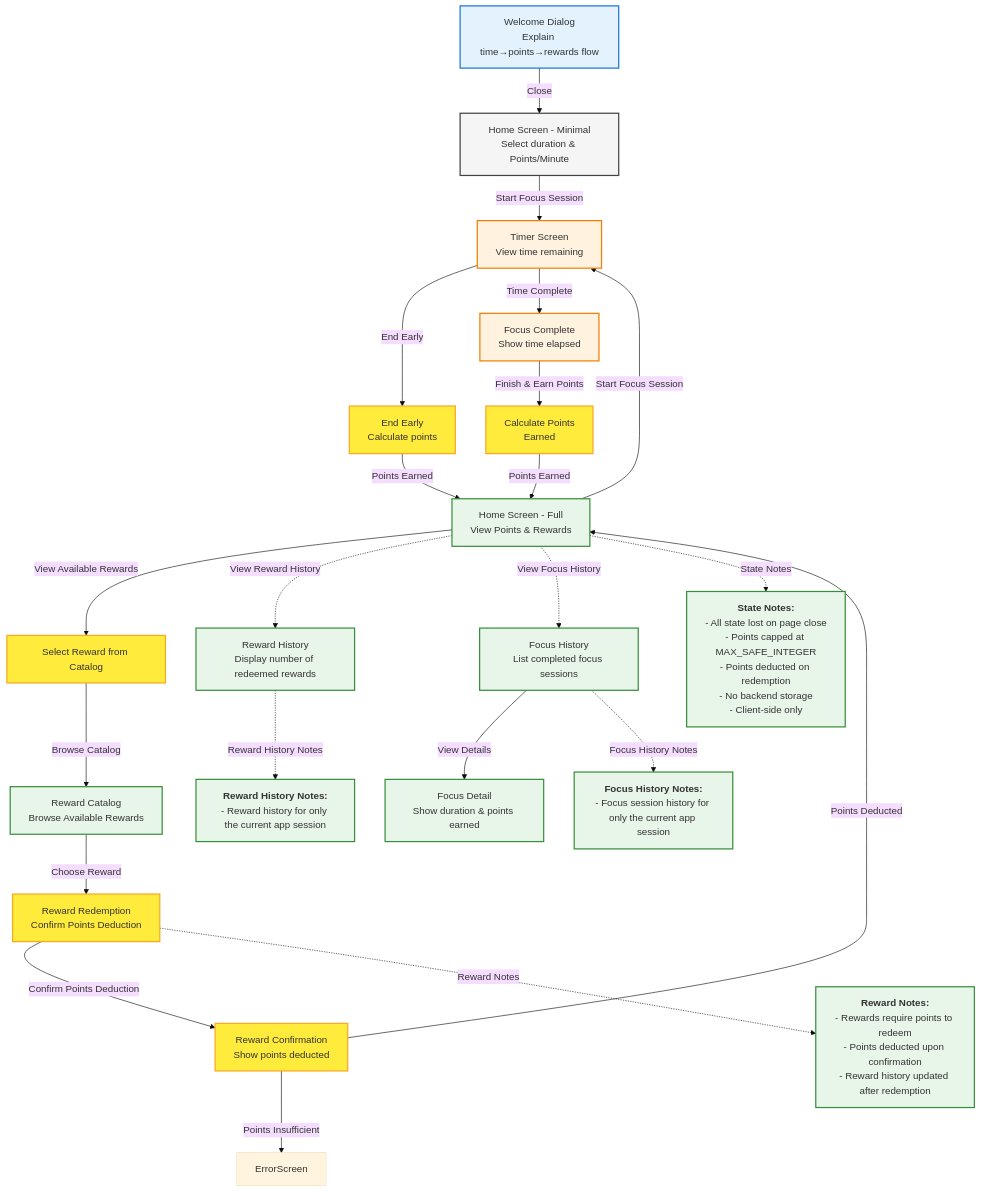
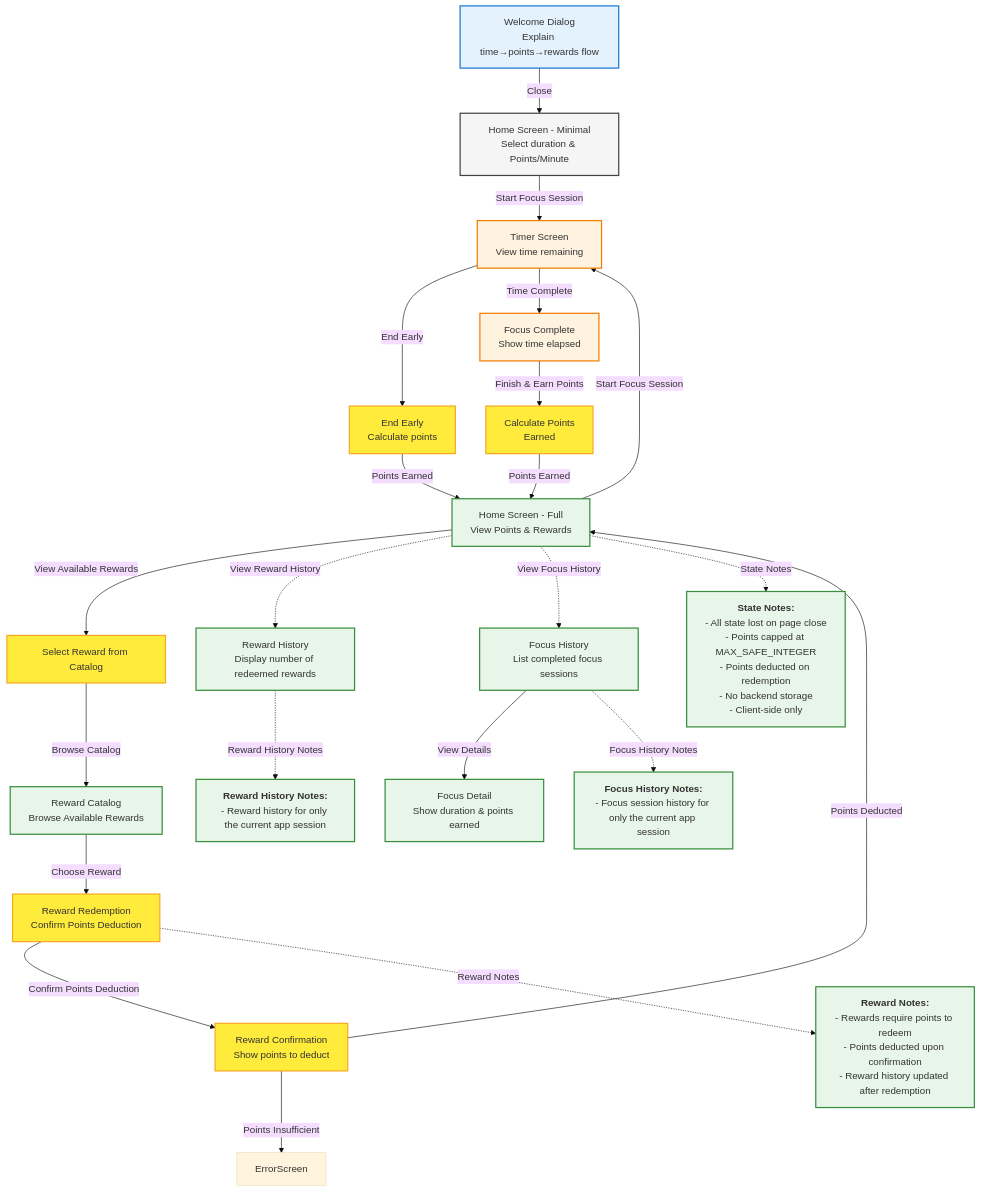
Before and after one commit to michellekli/PomoExchange: the diagram in design.md, drawn with Mermaid (base theme). The commit also changed other lines of this file, not shown here.

Commit message:
Fix flow for when user doesn't have enough points to redeem selected reward

````diff
--- a/design.md
+++ b/design.md
@@ -63,80 +64,80 @@
 ```mermaid
 flowchart TD
    %% Define styles
    classDef welcome fill:#e3f2fd,stroke:#1976d2,stroke-width:2px
    classDef homeMinimal fill:#f5f5f5,stroke:#424242,stroke-width:2px
    classDef timer fill:#fff3e0,stroke:#f57c00,stroke-width:2px
    classDef homeFull fill:#e8f5e9,stroke:#388e3c,stroke-width:2px
    classDef action fill:#ffeb3b,stroke:#f9a825,stroke-width:2px
 
    %% Welcome Dialog
    Welcome[Welcome Dialog<br/>Explain time→points→rewards flow]:::welcome
    Welcome -->|Close| HomeMinimal
 
    %% Home Screen - Minimal
    HomeMinimal[Home Screen - Minimal<br/>Select duration & Points/Minute]:::homeMinimal
    HomeMinimal -->|Start Focus Session| Timer
 
    %% Timer Screen
    Timer[Timer Screen<br/>View time remaining]:::timer
    Timer -->|End Early| EndEarly
    Timer -->|Time Complete| Complete
 
    %% End Early Path
    EndEarly[End Early<br/>Calculate points]:::action
    EndEarly -->|Points Earned| HomeFull
 
    %% Complete Path
    Complete[Focus Complete<br/>Show time elapsed]:::timer
    Complete -->|Finish & Earn Points| EarnPoints
 
    %% Earn Points Path
    EarnPoints[Calculate Points<br/>Earned]:::action
    EarnPoints -->|Points Earned| HomeFull
 
    %% Home Screen - Full
    HomeFull[Home Screen - Full<br/>View Points & Rewards]:::homeFull
    HomeFull -->|Start Focus Session| Timer
    HomeFull -->|View Available Rewards| RewardSelection
 
    %% Reward Selection Path
    RewardSelection[Select Reward from Catalog]:::action
    RewardSelection -->|Browse Catalog| RewardCatalog
 
    %% Reward Catalog
    RewardCatalog[Reward Catalog<br/>Browse Available Rewards]:::homeFull
    RewardCatalog -->|Choose Reward| RewardRedemption
 
    %% Reward Redemption Path
    RewardRedemption[Reward Redemption<br/>Confirm Points Deduction]:::action
    RewardRedemption -->|Confirm Points Deduction| RewardConfirmation
 
    %% Reward Confirmation Path
-   RewardConfirmation[Reward Confirmation<br/>Show points deducted]:::action
+   RewardConfirmation[Reward Confirmation<br/>Show points to deduct]:::action
    RewardConfirmation -->|Points Insufficient| ErrorScreen
    RewardConfirmation -->|Points Deducted| HomeFull
 
    %% Reward History
    HomeFull -.->|View Reward History| RewardHistory
    HomeFull -.->|View Focus History| FocusHistory
 
    %% Reward History
    RewardHistory[Reward History<br/>Display number of redeemed rewards]:::homeFull
 
    %% Focus History
    FocusHistory[Focus History<br/>List completed focus sessions]:::homeFull
    FocusHistory -->|View Details| FocusDetail
    FocusDetail[Focus Detail<br/>Show duration & points earned]:::homeFull
 
    %% State Notes
    note1[<b>State Notes:</b><br/>- All state lost on page close<br/>- Points capped at MAX_SAFE_INTEGER<br/>- Points deducted on redemption<br/>- No backend storage<br/>- Client-side only]:::homeFull
    note2[<b>Reward Notes:</b><br/>- Rewards require points to redeem<br/>- Points deducted upon confirmation<br/>- Reward history updated after redemption]:::homeFull
    note3[<b>Reward History Notes:</b><br/>- Reward history for only the current app session]:::homeFull
    note4[<b>Focus History Notes:</b><br/>- Focus session history for only the current app session]:::homeFull
 
    %% Connect notes
    HomeFull -.->|State Notes| note1
    RewardRedemption -.->|Reward Notes| note2
    RewardHistory -.->|Reward History Notes| note3
    FocusHistory -.->|Focus History Notes| note4
 ```
````
